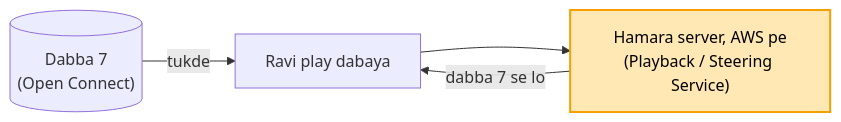
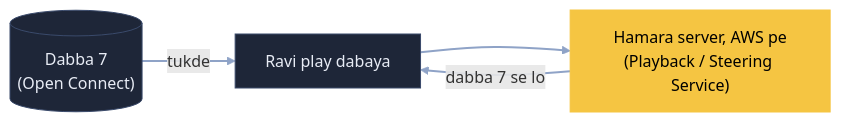
The fifth of 7 diagrams in 04_HLD/SYSTEM_DESIGNS/18_netflix/18_netflix.md (ArpanMaheshwari144/Prep), drawn with Mermaid before and after one commit. The commit also changed other lines of this file and 14 other files, not shown here.

Commit message:
HLD: 14 design ke FR/NFR kadmon se milaye (pakke vaade me sach wali shart, chhoote kadam jode); Netflix diagram naye andaaz me

````diff
--- a/04_HLD/SYSTEM_DESIGNS/18_netflix/18_netflix.md
+++ b/04_HLD/SYSTEM_DESIGNS/18_netflix/18_netflix.md
@@ -131,7 +143,10 @@
 ```mermaid
 flowchart LR
     R["Ravi play dabaya"] --> P["Hamara server, AWS pe<br/>(Playback / Steering Service)"]
     P -- "dabba 7 se lo" --> R
     B7[("Dabba 7<br/>(Open Connect)")] -- "tukde" --> R
-    style P fill:#ffe8b3,stroke:#f59f00,stroke-width:2px,color:#000
+    class P hl
+    classDef default fill:#1e2638,stroke:#3a4a6b,color:#e8ecf5
+    classDef hl fill:#f5c542,stroke:#f5c542,color:#000
+    linkStyle default stroke:#8fa3c7,stroke-width:2px
 ```
````
